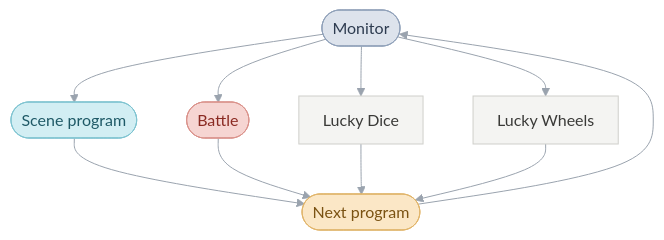
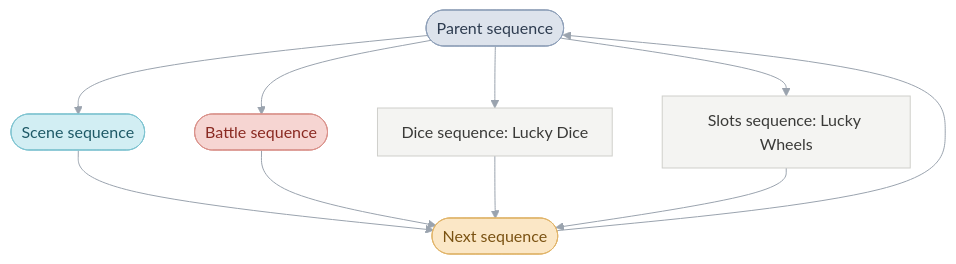
One commit to PascalPixel/alchemy changed the third of 9 diagrams in games/tbs/README.md. Above: the diagram before and after it, drawn with Mermaid. The commit also changed other lines of this file and 99 other files, not shown here.

````diff
--- a/games/tbs/README.md
+++ b/games/tbs/README.md
@@ -110,18 +112,18 @@
 ```mermaid
 %%{init: {"theme": "base", "themeVariables": {"lineColor": "#9AA3AE", "edgeLabelBackground": "#FFFFFF"}, "flowchart": {"curve": "basis", "padding": 12}}}%%
 flowchart TD
-  loop(["Monitor"]) --> scene(["Scene program"]) & battle(["Battle"]) & dice["Lucky Dice"] & wheels["Lucky Wheels"]
-  scene & battle & dice & wheels --> back(["Next program"])
+  loop(["Parent sequence"]) --> scene(["Scene sequence"]) & battle(["Battle sequence"]) & dice["Dice sequence: Lucky Dice"] & wheels["Slots sequence: Lucky Wheels"]
+  scene & battle & dice & wheels --> back(["Next sequence"])
   back --> loop
-  classDef monitor fill:#DDE3EC,stroke:#8FA0B8,color:#2E3C50
-  classDef sceneProgram fill:#D2EEF3,stroke:#7FC3D0,color:#1E5966
+  classDef parentSequence fill:#DDE3EC,stroke:#8FA0B8,color:#2E3C50
+  classDef sceneSequence fill:#D2EEF3,stroke:#7FC3D0,color:#1E5966
   classDef battle fill:#F6D5D2,stroke:#D9928B,color:#8A2A22
-  classDef sceneManager fill:#D3EBD9,stroke:#8DC49E,color:#25603A
+  classDef sceneLoop fill:#D3EBD9,stroke:#8DC49E,color:#25603A
   classDef request fill:#FBE7C6,stroke:#E0B46A,color:#7A5212
   classDef step fill:#F4F4F2,stroke:#CFCFCB,color:#3A3A38
-  class loop monitor
-  class scene sceneProgram
+  class loop parentSequence
+  class scene sceneSequence
   class back request
   class battle battle
   class dice,wheels step
 ```
````
